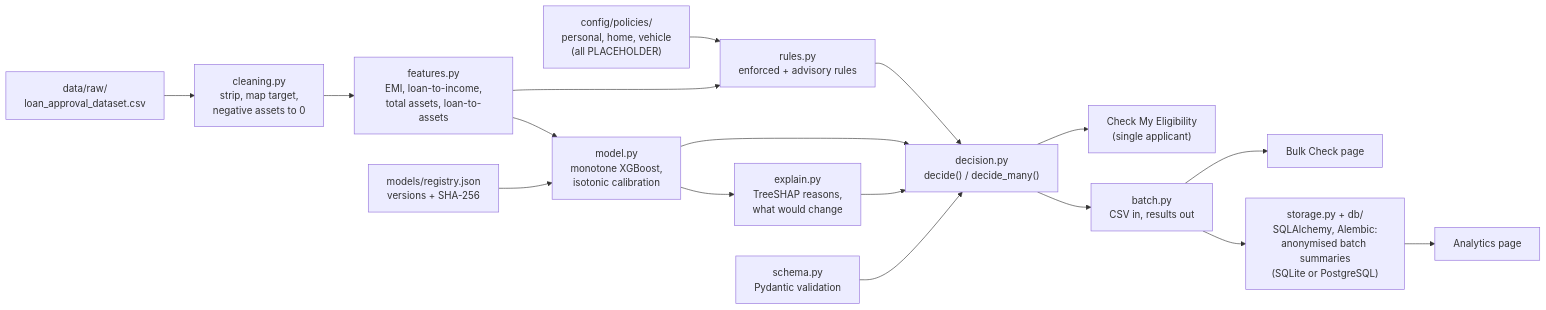
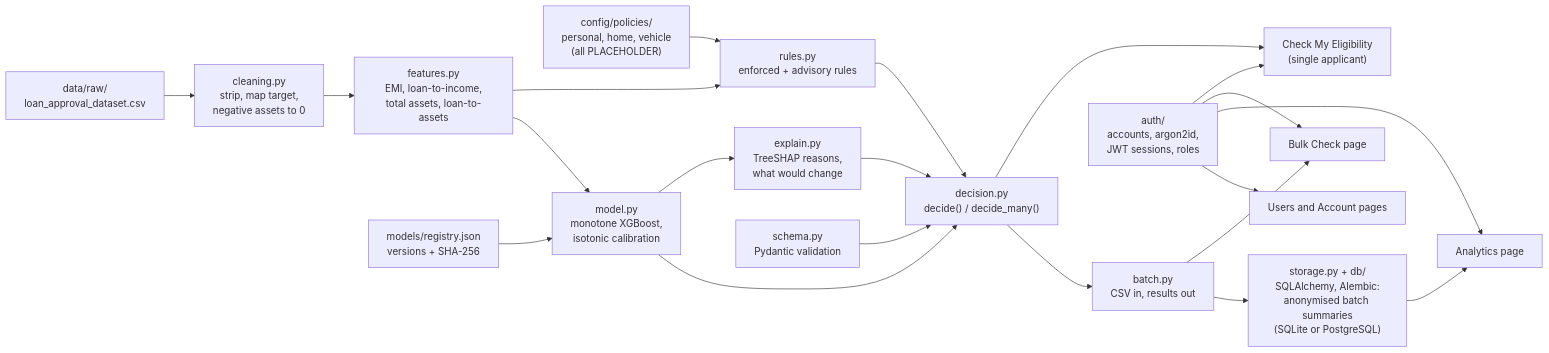
One commit to Anshu-raj-co/LoanLens changed the diagram in PROJECT_EXPLAINED.md. Above: the diagram before and after it, drawn with Mermaid. The commit also changed other lines of this file and 53 other files, not shown here.

````diff
--- a/PROJECT_EXPLAINED.md
+++ b/PROJECT_EXPLAINED.md
@@ -146,19 +159,23 @@
 ```mermaid
 flowchart LR
     RAW["data/raw/<br/>loan_approval_dataset.csv"] --> CLEAN["cleaning.py<br/>strip, map target,<br/>negative assets to 0"]
     CLEAN --> FEAT["features.py<br/>EMI, loan-to-income,<br/>total assets, loan-to-assets"]
     CFG["config/policies/<br/>personal, home, vehicle<br/>(all PLACEHOLDER)"] --> RULES
     FEAT --> RULES["rules.py<br/>enforced + advisory rules"]
     FEAT --> MODEL["model.py<br/>monotone XGBoost,<br/>isotonic calibration"]
     REG["models/registry.json<br/>versions + SHA-256"] --> MODEL
     MODEL --> EXPLAIN["explain.py<br/>TreeSHAP reasons,<br/>what would change"]
     RULES --> DECIDE["decision.py<br/>decide() / decide_many()"]
     MODEL --> DECIDE
     EXPLAIN --> DECIDE
     SCHEMA["schema.py<br/>Pydantic validation"] --> DECIDE
     DECIDE --> CUST["Check My Eligibility<br/>(single applicant)"]
     DECIDE --> BATCH["batch.py<br/>CSV in, results out"]
     BATCH --> BULK["Bulk Check page"]
     BATCH --> STORE["storage.py + db/<br/>SQLAlchemy, Alembic:<br/>anonymised batch summaries<br/>(SQLite or PostgreSQL)"]
     STORE --> ANALYTICS["Analytics page"]
+    AUTH["auth/<br/>accounts, argon2id,<br/>JWT sessions, roles"] --> CUST
+    AUTH --> BULK
+    AUTH --> ANALYTICS
+    AUTH --> USERS["Users and Account pages"]
 ```
````
